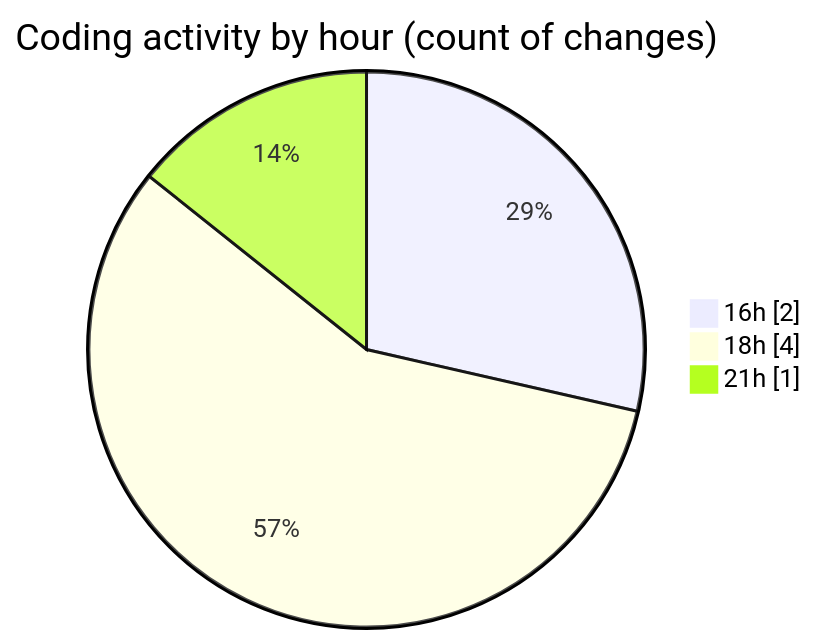
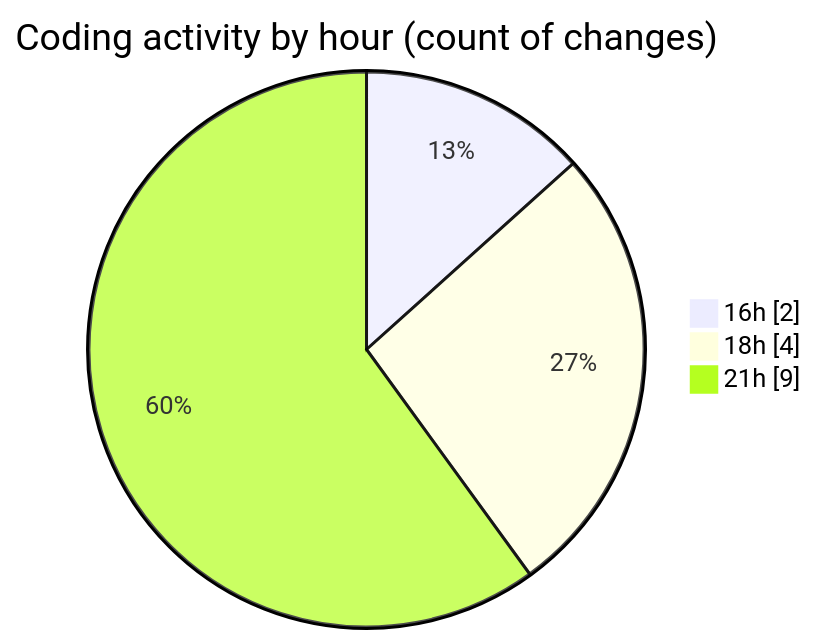
The second of 2 diagrams in 2025-11-17/usr_aleoudev_fr__workspace_/README.md (julien-gomy/code-tracking), drawn with Mermaid before and after one commit. The commit also changed other lines of this file and 1 other file, not shown here.

````diff
--- a/2025-11-17/usr_aleoudev_fr__workspace_/README.md
+++ b/2025-11-17/usr_aleoudev_fr__workspace_/README.md
@@ -31,7 +35,7 @@
 ```mermaid
 pie showData
 title Coding activity by hour (count of changes)
 "16h" : 2
 "18h" : 4
-"21h" : 1
+"21h" : 9
 ```
````
